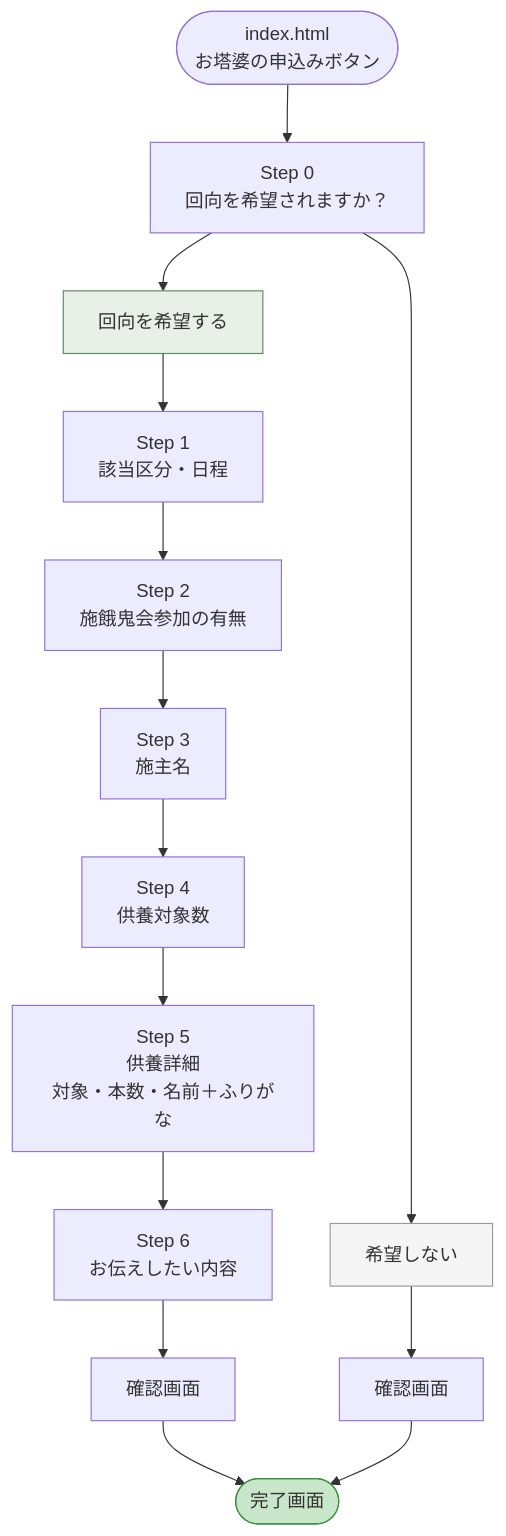
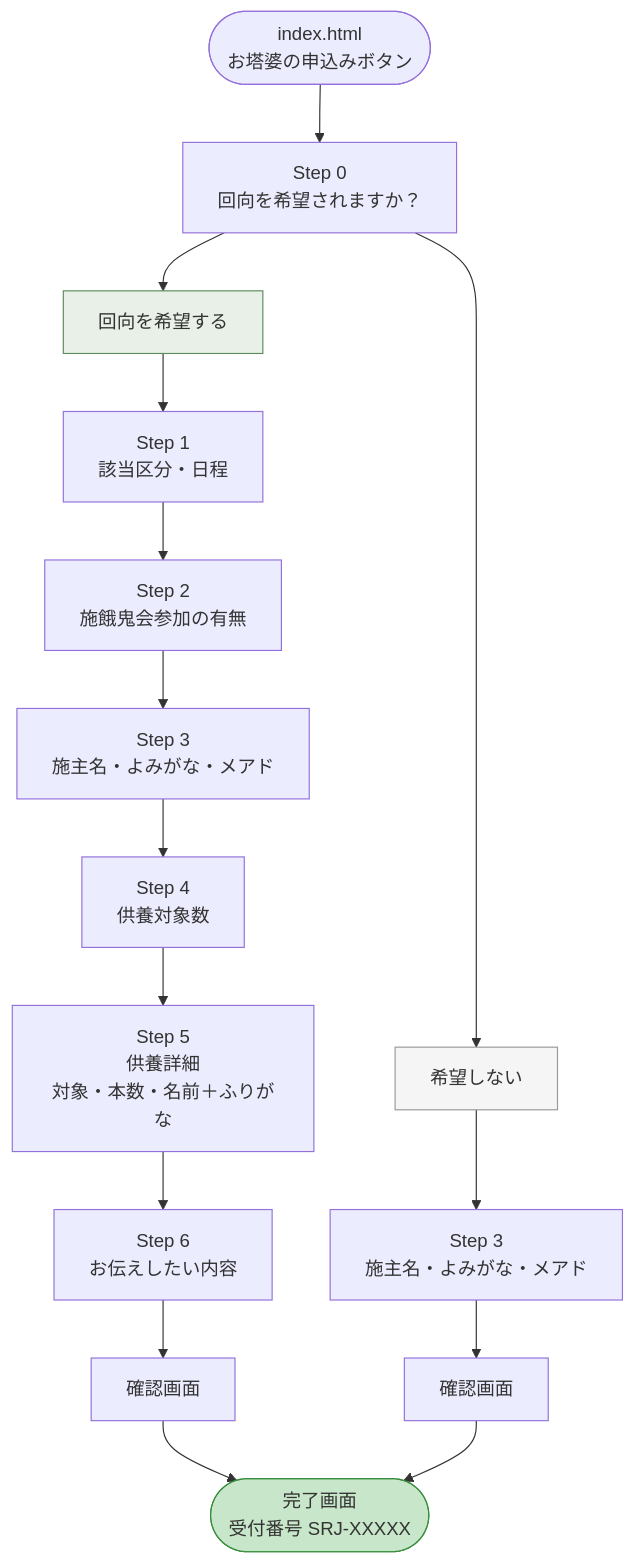
The second of 2 diagrams in shoraku-ji/flow-map.md (haz-syuu-go/Syuu-go-line-pages), drawn with Mermaid before and after one commit. The commit also changed other lines of this file and 1 other file, not shown here.

````diff
--- a/shoraku-ji/flow-map.md
+++ b/shoraku-ji/flow-map.md
@@ -92,24 +95,25 @@
 ```mermaid
 flowchart TD
     Start([index.html<br/>お塔婆の申込みボタン]) --> Step0[Step 0<br/>回向を希望されますか？]
 
     Step0 --> Yes[回向を希望する]
     Step0 --> No[希望しない]
 
     Yes --> S1[Step 1<br/>該当区分・日程]
     S1 --> S2[Step 2<br/>施餓鬼会参加の有無]
-    S2 --> S3[Step 3<br/>施主名]
-    S3 --> S4[Step 4<br/>供養対象数]
+    S2 --> S3y[Step 3<br/>施主名・よみがな・メアド]
+    S3y --> S4[Step 4<br/>供養対象数]
     S4 --> S5[Step 5<br/>供養詳細<br/>対象・本数・名前＋ふりがな]
     S5 --> S6[Step 6<br/>お伝えしたい内容]
     S6 --> ConfirmY[確認画面]
 
-    No --> ConfirmN[確認画面]
+    No --> S3n[Step 3<br/>施主名・よみがな・メアド]
+    S3n --> ConfirmN[確認画面]
 
-    ConfirmY --> Complete([完了画面])
+    ConfirmY --> Complete([完了画面<br/>受付番号 SRJ-XXXXX])
     ConfirmN --> Complete
 
     style Yes fill:#E8F0E7,stroke:#5B8C5A
     style No fill:#F5F5F5,stroke:#999
     style Complete fill:#C8E6C9,stroke:#388E3C
 ```
````
